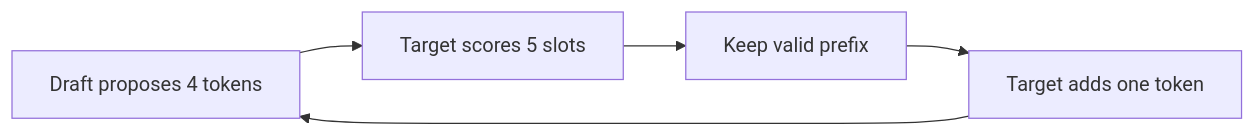
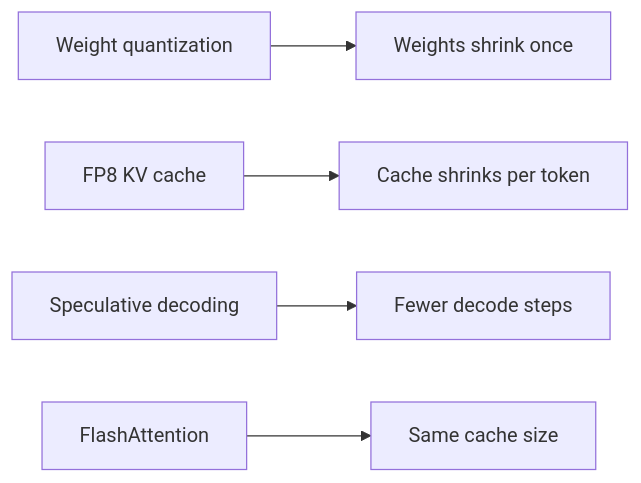
Before and after one commit to devweekends/Buildment: the diagram in courses/ai-engineering-interview/11-inference-and-serving/11.06-smaller-and-faster.md, drawn with Mermaid. The commit also changed other lines of this file and 11 other files, not shown here.

````diff
--- a/courses/ai-engineering-interview/11-inference-and-serving/11.06-smaller-and-faster.md
+++ b/courses/ai-engineering-interview/11-inference-and-serving/11.06-smaller-and-faster.md
@@ -72,7 +133,7 @@
 ```mermaid
 flowchart LR
-  D[Draft proposes 4 tokens] --> V[Target scores 5 slots]
-  V --> K[Keep valid prefix]
-  K --> E[Target adds one token]
-  E --> D
+  Q[Weight quantization] --> W[Weights shrink once]
+  K[FP8 KV cache] --> C[Cache shrinks per token]
+  S[Speculative decoding] --> D[Fewer decode steps]
+  F[FlashAttention] --> R[Same cache size]
 ```
````
